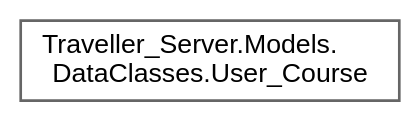
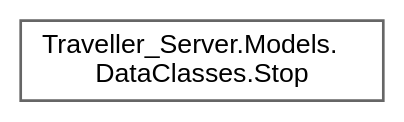
Before and after one commit to VenelinArgirov/manual-tecnico.github.io: the diagram in Servidor/inherit_graph_36.dot, drawn with Graphviz. The commit also changed 998 other files, not shown here.

```diff
--- a/Servidor/inherit_graph_36.dot
+++ b/Servidor/inherit_graph_36.dot
@@ -1,9 +1,9 @@
 digraph "Graphical Class Hierarchy"
 {
  // LATEX_PDF_SIZE
   bgcolor="transparent";
   edge [fontname=Helvetica,fontsize=10,labelfontname=Helvetica,labelfontsize=10];
   node [fontname=Helvetica,fontsize=10,shape=box,height=0.2,width=0.4];
   rankdir="LR";
-  Node0 [label="Traveller_Server.Models.\lDataClasses.User_Course",height=0.2,width=0.4,color="grey40", fillcolor="white", style="filled",URL="$class_traveller___server_1_1_models_1_1_data_classes_1_1_user___course.html",tooltip="Alert data class. Represents a many-to-many relationship between the User and Course classes."];
+  Node0 [label="Traveller_Server.Models.\lDataClasses.Stop",height=0.2,width=0.4,color="grey40", fillcolor="white", style="filled",URL="$class_traveller___server_1_1_models_1_1_data_classes_1_1_stop.html",tooltip="Data class of a stop. Represents the location at which a transport stops to pick up or offload passen..."];
 }
```
